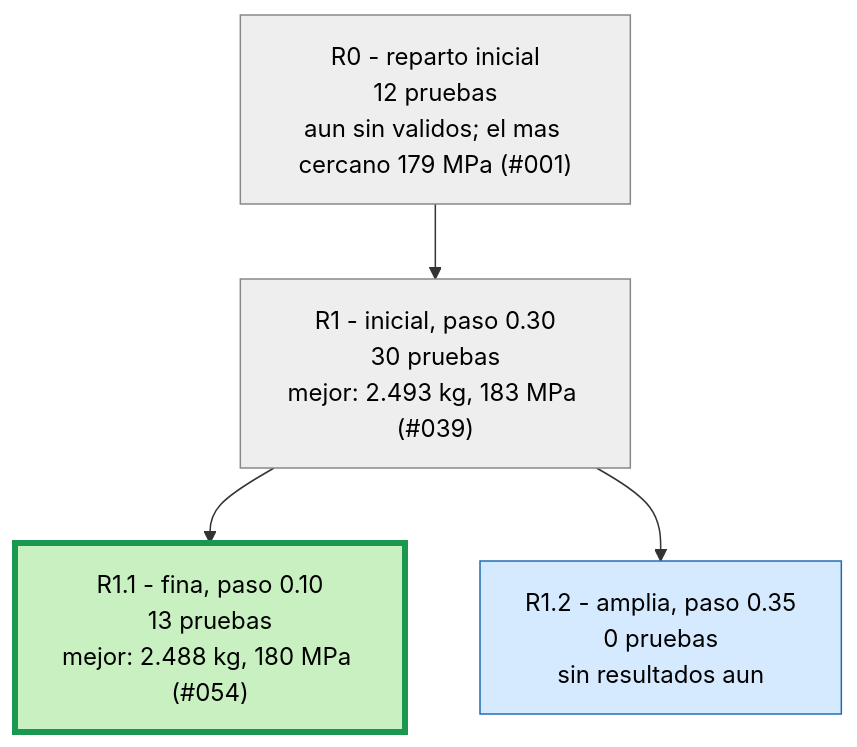
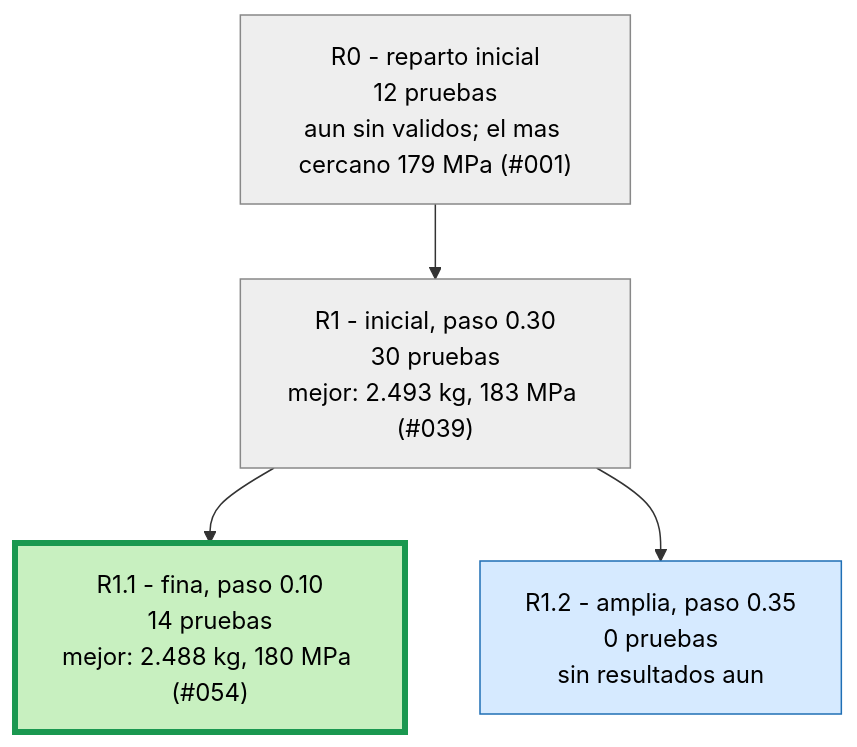
The second of 3 diagrams in runs/opt_37800N/ARBOL.md (Hugiko/msd-soporte-optimizacion), drawn with Mermaid before and after one commit. The commit also changed 19 other files, not shown here.

````diff
--- a/runs/opt_37800N/ARBOL.md
+++ b/runs/opt_37800N/ARBOL.md
@@ -21,13 +21,13 @@
 ```mermaid
 graph TD
 classDef activa fill:#d6eaff,stroke:#1f6fb5,color:#000
 classDef fin fill:#eeeeee,stroke:#888,color:#000
 classDef mejor fill:#c8f0c0,stroke:#1a9850,stroke-width:4px,color:#000
 R0["R0 - reparto inicial<br/>12 pruebas<br/>aun sin validos; el mas cercano 179 MPa (#001)"]:::fin
 R1["R1 - inicial, paso 0.30<br/>30 pruebas<br/>mejor: 2.493 kg, 183 MPa (#039)"]:::fin
 R0 --> R1
-R1_1["R1.1 - fina, paso 0.10<br/>13 pruebas<br/>mejor: 2.488 kg, 180 MPa (#054)"]:::mejor
+R1_1["R1.1 - fina, paso 0.10<br/>14 pruebas<br/>mejor: 2.488 kg, 180 MPa (#054)"]:::mejor
 R1 --> R1_1
 R1_2["R1.2 - amplia, paso 0.35<br/>0 pruebas<br/>sin resultados aun"]:::activa
 R1 --> R1_2
 ```
````
